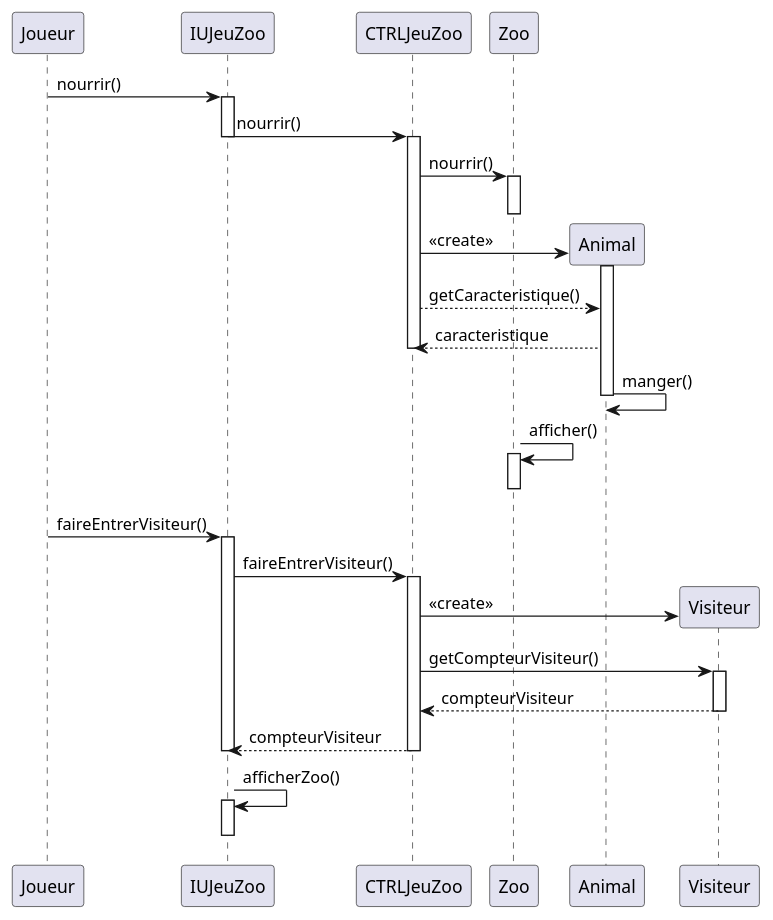
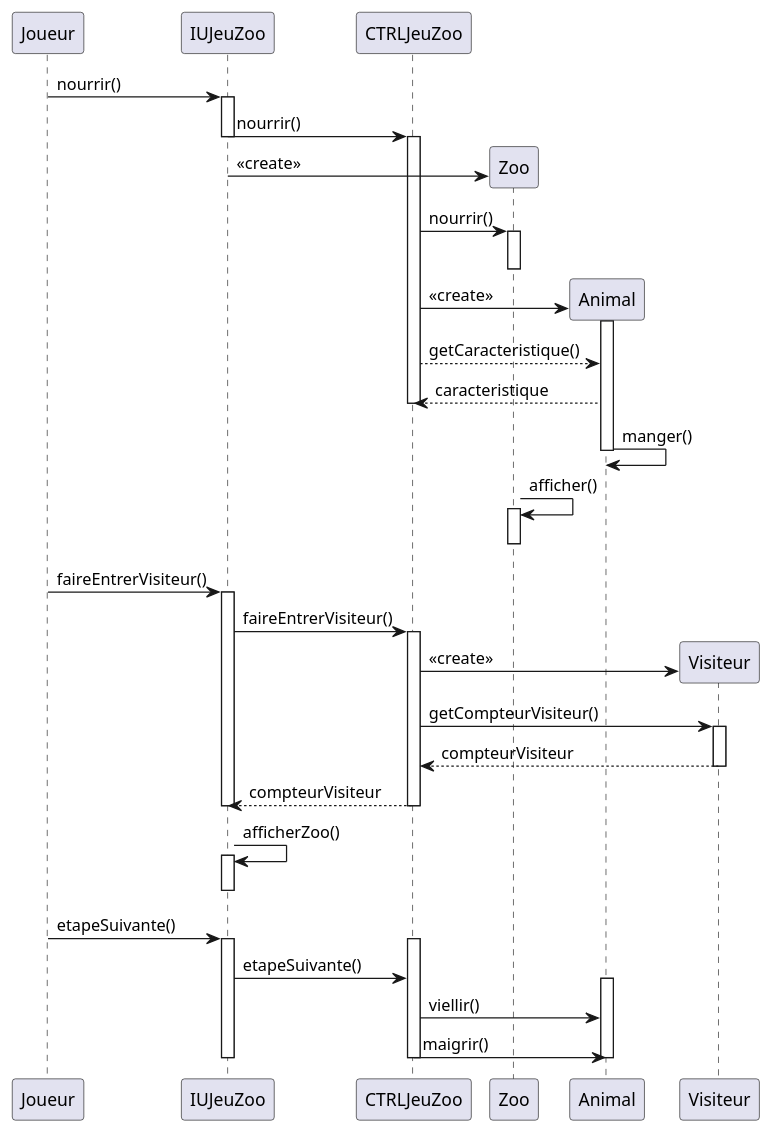
One commit to Idricealy/JeuZoo changed the diagram in src/doc/DigrameSequence.md. Above: the diagram before and after it, drawn with PlantUML. The commit also changed 1 other file, not shown here.

Commit message:
ebauche DS et DCP Use Case

```diff
--- a/src/doc/DigrameSequence.md
+++ b/src/doc/DigrameSequence.md
@@ -1,52 +1,62 @@
 @startuml
 
-Joueur -> IUJeuZoo : nourrir()
-activate IUJeuZoo
-
-
-IUJeuZoo -> CTRLJeuZoo : nourrir()
-deactivate IUJeuZoo
-activate CTRLJeuZoo
-CTRLJeuZoo -> Zoo : nourrir()
-
-activate Zoo
-deactivate Zoo
-
-
-create Animal
-CTRLJeuZoo -> Animal : << create >>
-activate Animal
-CTRLJeuZoo --> Animal : getCaracteristique()
-Animal --> CTRLJeuZoo : caracteristique
-
-deactivate CTRLJeuZoo
-
-
-Animal -> Animal : manger()
-deactivate Animal
-Zoo -> Zoo : afficher()
-activate Zoo
-deactivate Zoo
-Joueur -> IUJeuZoo : faireEntrerVisiteur()
-activate IUJeuZoo
-
-IUJeuZoo -> CTRLJeuZoo : faireEntrerVisiteur()
-activate CTRLJeuZoo 
-
-create Visiteur
-CTRLJeuZoo -> Visiteur : << create >>
-CTRLJeuZoo -> Visiteur : getCompteurVisiteur()
-activate Visiteur
-Visiteur --> CTRLJeuZoo : compteurVisiteur
-deactivate Visiteur
-CTRLJeuZoo --> IUJeuZoo : compteurVisiteur
-deactivate CTRLJeuZoo
-deactivate IUJeuZoo
-
-
-IUJeuZoo -> IUJeuZoo : afficherZoo()
-activate IUJeuZoo
-deactivate IUJeuZoo
-
-
+	Joueur -> IUJeuZoo : nourrir()
+	activate IUJeuZoo
+	
+	
+	IUJeuZoo -> CTRLJeuZoo : nourrir()
+	deactivate IUJeuZoo
+	activate CTRLJeuZoo
+	create Zoo
+	IUJeuZoo -> Zoo : << create >>
+	CTRLJeuZoo -> Zoo : nourrir()
+	
+	activate Zoo
+	deactivate Zoo
+	
+	create Animal
+	CTRLJeuZoo -> Animal : << create >>
+	activate Animal
+	CTRLJeuZoo --> Animal : getCaracteristique()
+	Animal --> CTRLJeuZoo : caracteristique
+	
+	deactivate CTRLJeuZoo
+	
+	
+	Animal -> Animal : manger()
+	deactivate Animal
+	Zoo -> Zoo : afficher()
+	activate Zoo
+	deactivate Zoo
+	Joueur -> IUJeuZoo : faireEntrerVisiteur()
+	activate IUJeuZoo
+	
+	IUJeuZoo -> CTRLJeuZoo : faireEntrerVisiteur()
+	activate CTRLJeuZoo 
+	
+	create Visiteur
+	CTRLJeuZoo -> Visiteur : << create >>
+	CTRLJeuZoo -> Visiteur : getCompteurVisiteur()
+	activate Visiteur
+		Visiteur --> CTRLJeuZoo : compteurVisiteur
+	deactivate Visiteur
+	CTRLJeuZoo --> IUJeuZoo : compteurVisiteur
+	deactivate CTRLJeuZoo
+	deactivate IUJeuZoo
+	
+	
+	IUJeuZoo -> IUJeuZoo : afficherZoo()
+	activate IUJeuZoo
+	deactivate IUJeuZoo
+	
+	Joueur -> IUJeuZoo : etapeSuivante()
+	activate IUJeuZoo
+		activate CTRLJeuZoo
+			IUJeuZoo -> CTRLJeuZoo : etapeSuivante()
+			activate Animal
+				CTRLJeuZoo -> Animal :  viellir()
+				CTRLJeuZoo -> Animal :  maigrir()
+			deactivate Animal
+		deactivate CTRLJeuZoo
+	deactivate IUJeuZoo
 @enduml
```
